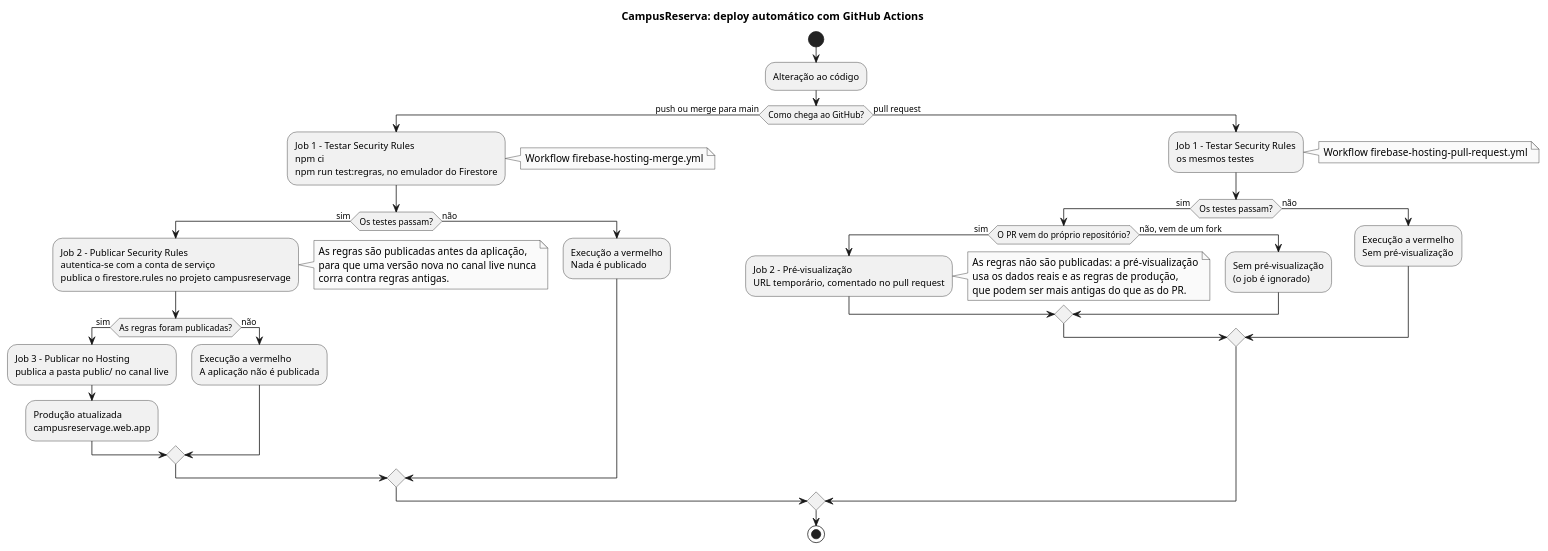
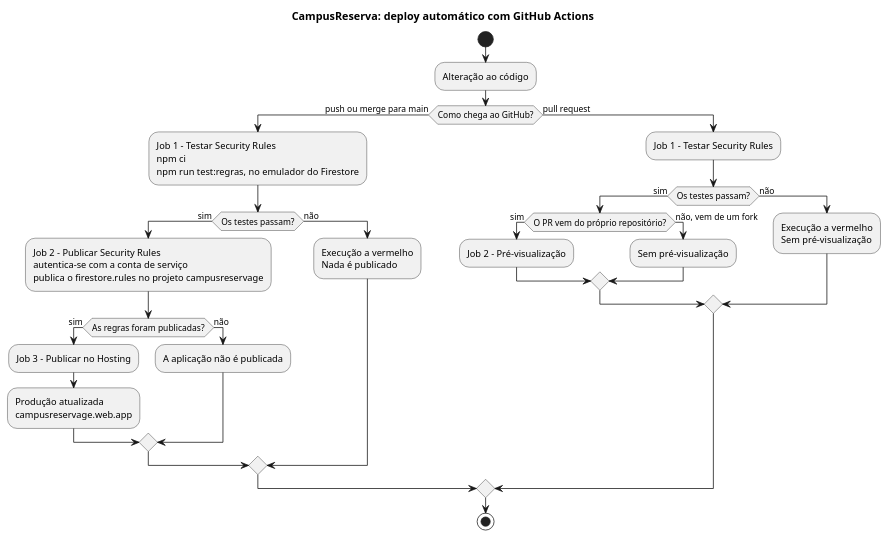
Before and after one commit to diogofcpereira/CampusReserva: the diagram in docs/diagramas/pipeline.puml, drawn with PlantUML. The commit also changed 1 other file, not shown here.

```diff
--- a/docs/diagramas/pipeline.puml
+++ b/docs/diagramas/pipeline.puml
@@ -1,69 +1,48 @@
 @startuml pipeline
 
 title CampusReserva: deploy automático com GitHub Actions
 
 skinparam monochrome true
 skinparam shadowing false
 
 start
 :Alteração ao código;
 
 if (Como chega ao GitHub?) then (push ou merge para main)
   :Job 1 - Testar Security Rules
   npm ci
   npm run test:regras, no emulador do Firestore;
-  note right
-    Workflow firebase-hosting-merge.yml
-  end note
 
   if (Os testes passam?) then (sim)
     :Job 2 - Publicar Security Rules
     autentica-se com a conta de serviço
     publica o firestore.rules no projeto campusreservage;
-    note right
-      As regras são publicadas antes da aplicação,
-      para que uma versão nova no canal live nunca
-      corra contra regras antigas.
-    end note
     if (As regras foram publicadas?) then (sim)
-      :Job 3 - Publicar no Hosting
-      publica a pasta public/ no canal live;
+      :Job 3 - Publicar no Hosting;
       :Produção atualizada
       campusreservage.web.app;
     else (não)
-      :Execução a vermelho
-      A aplicação não é publicada;
+      :A aplicação não é publicada;
     endif
   else (não)
     :Execução a vermelho
     Nada é publicado;
   endif
 
 else (pull request)
-  :Job 1 - Testar Security Rules
-  os mesmos testes;
-  note right
-    Workflow firebase-hosting-pull-request.yml
-  end note
+  :Job 1 - Testar Security Rules;
 
   if (Os testes passam?) then (sim)
     if (O PR vem do próprio repositório?) then (sim)
-      :Job 2 - Pré-visualização
-      URL temporário, comentado no pull request;
-      note right
-        As regras não são publicadas: a pré-visualização
-        usa os dados reais e as regras de produção,
-        que podem ser mais antigas do que as do PR.
-      end note
+      :Job 2 - Pré-visualização;
     else (não, vem de um fork)
-      :Sem pré-visualização
-      (o job é ignorado);
+      :Sem pré-visualização;
     endif
   else (não)
     :Execução a vermelho
     Sem pré-visualização;
   endif
 endif
 
 stop
 @enduml
```
